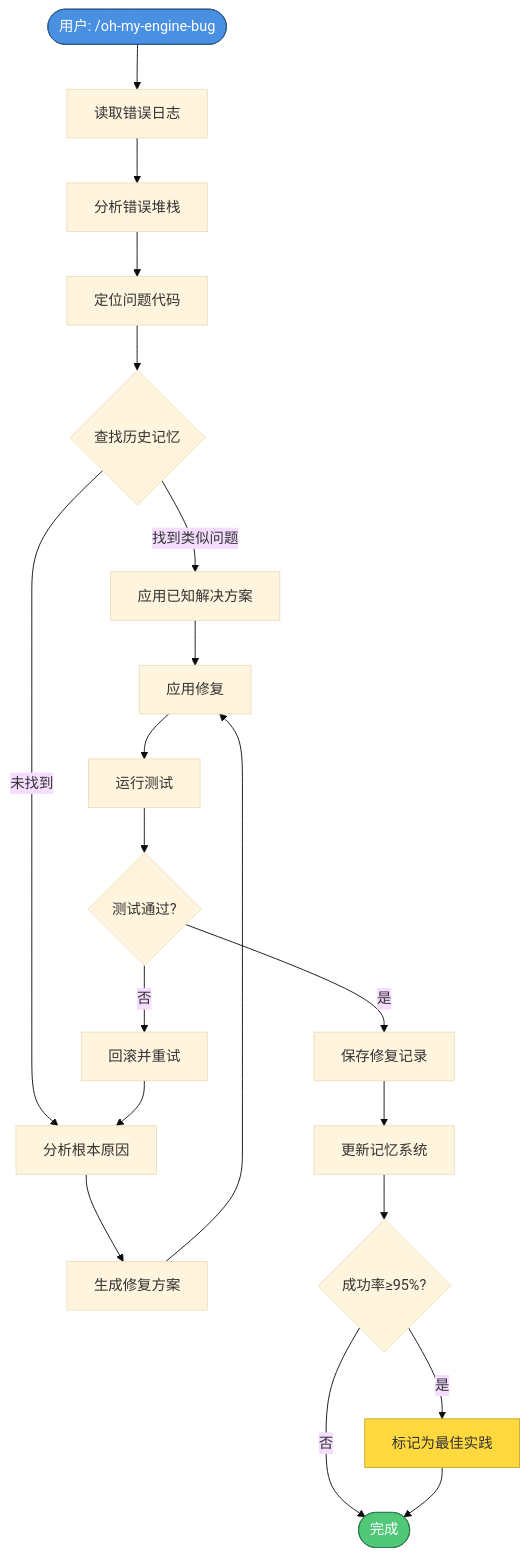
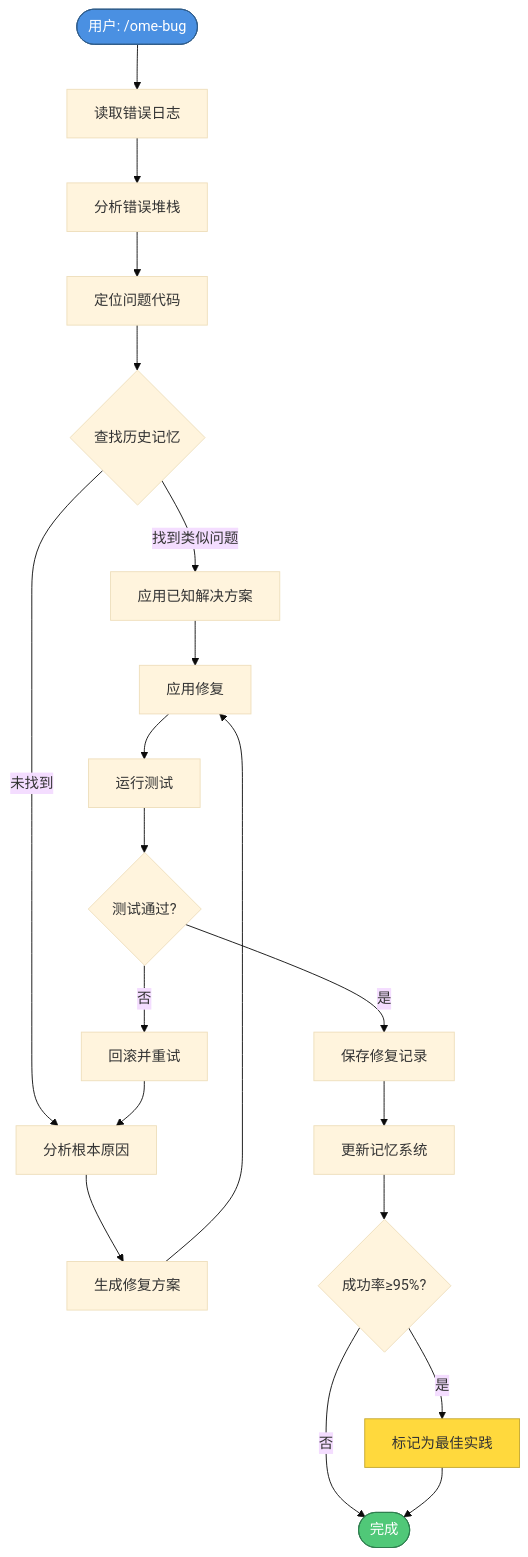
Before and after one commit to oh-my-engine/oh-my-engine: the sixth of 11 diagrams in docs/marketing/BLOG_IMAGES.md, drawn with Mermaid (base theme). The commit also changed other lines of this file and 83 other files, not shown here.

````diff
--- a/docs/marketing/BLOG_IMAGES.md
+++ b/docs/marketing/BLOG_IMAGES.md
@@ -208,32 +208,32 @@
 ```mermaid
 flowchart TD
-    Start([用户: /oh-my-engine-bug]) --> A[读取错误日志]
+    Start([用户: /ome-bug]) --> A[读取错误日志]
     A --> B[分析错误堆栈]
     B --> C[定位问题代码]
     
     C --> D{查找历史记忆}
     D -->|找到类似问题| E[应用已知解决方案]
     D -->|未找到| F[分析根本原因]
     
     E --> G[应用修复]
     F --> H[生成修复方案]
     H --> G
     
     G --> I[运行测试]
     I --> J{测试通过?}
     
     J -->|是| K[保存修复记录]
     J -->|否| L[回滚并重试]
     L --> F
     
     K --> M[更新记忆系统]
     M --> N{成功率≥95%?}
     
     N -->|是| O[标记为最佳实践]
     N -->|否| End([完成])
     O --> End
     
     style Start fill:#4A90E2,stroke:#2E5C8A,color:#fff
     style End fill:#50C878,stroke:#2E7D4E,color:#fff
     style O fill:#FFD93D,stroke:#C4A72E,color:#333
 ```
````
